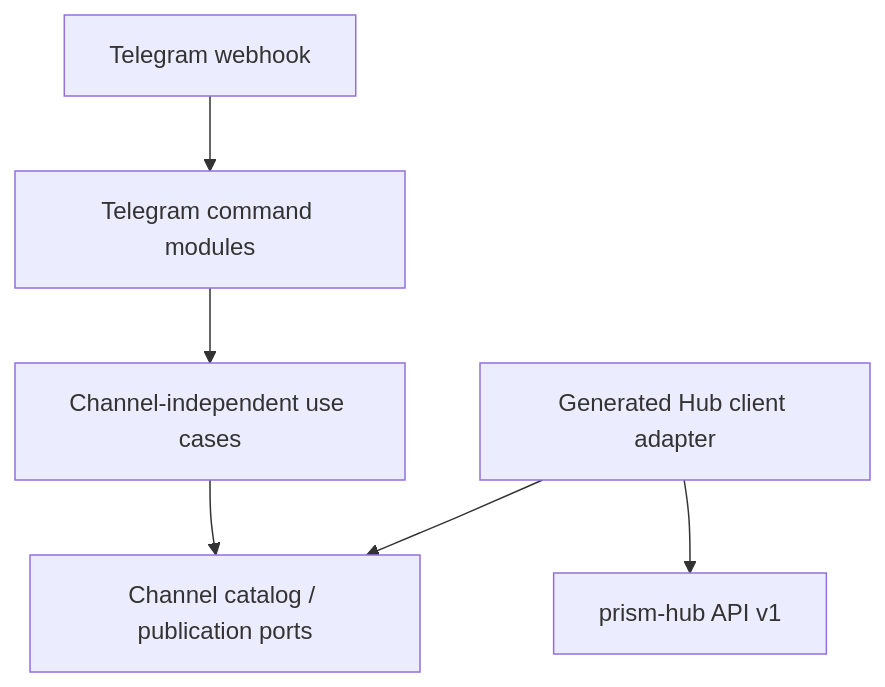
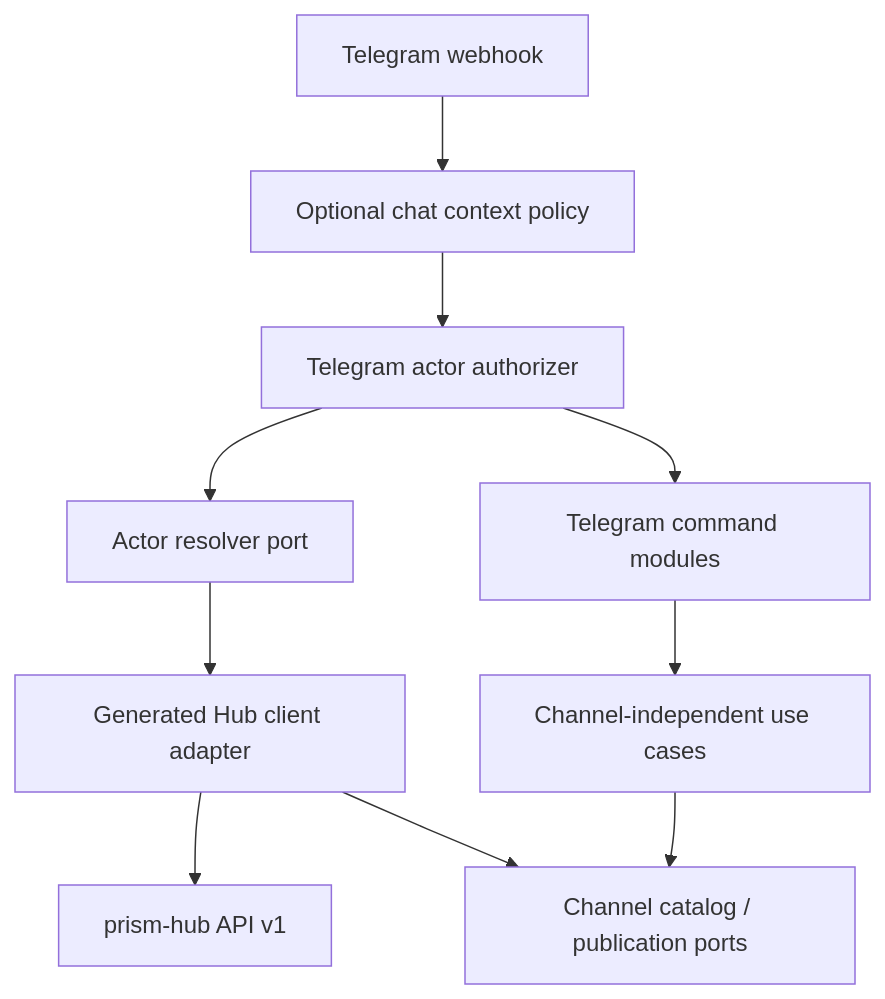
Before and after one commit to aiaiaiai-org/prism-bot: the diagram in README.md, drawn with Mermaid. The commit also changed other lines of this file and 31 other files, not shown here.

Commit message:
Resolve Telegram actors through Prism Hub

````diff
--- a/README.md
+++ b/README.md
@@ -22,8 +24,12 @@
 ```mermaid
 flowchart TD
-    Telegram["Telegram webhook"] --> Commands["Telegram command modules"]
+    Telegram["Telegram webhook"] --> Context["Optional chat context policy"]
+    Context --> Actor["Telegram actor authorizer"]
+    Actor --> Resolve["Actor resolver port"]
+    Resolve --> HubAdapter["Generated Hub client adapter"]
+    HubAdapter --> Hub["prism-hub API v1"]
+    Actor --> Commands["Telegram command modules"]
     Commands --> UseCases["Channel-independent use cases"]
     UseCases --> Ports["Channel catalog / publication ports"]
-    HubAdapter["Generated Hub client adapter"] --> Ports
-    HubAdapter --> Hub["prism-hub API v1"]
+    HubAdapter --> Ports
 ```
````
